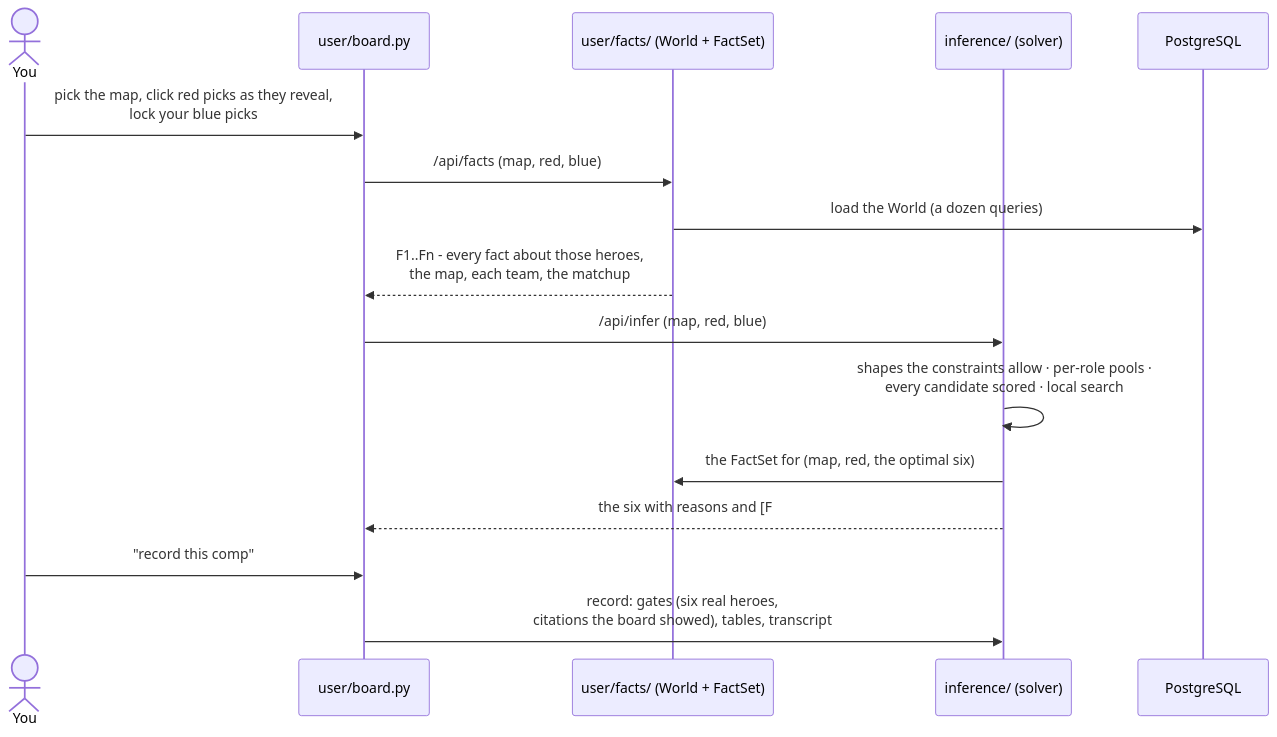
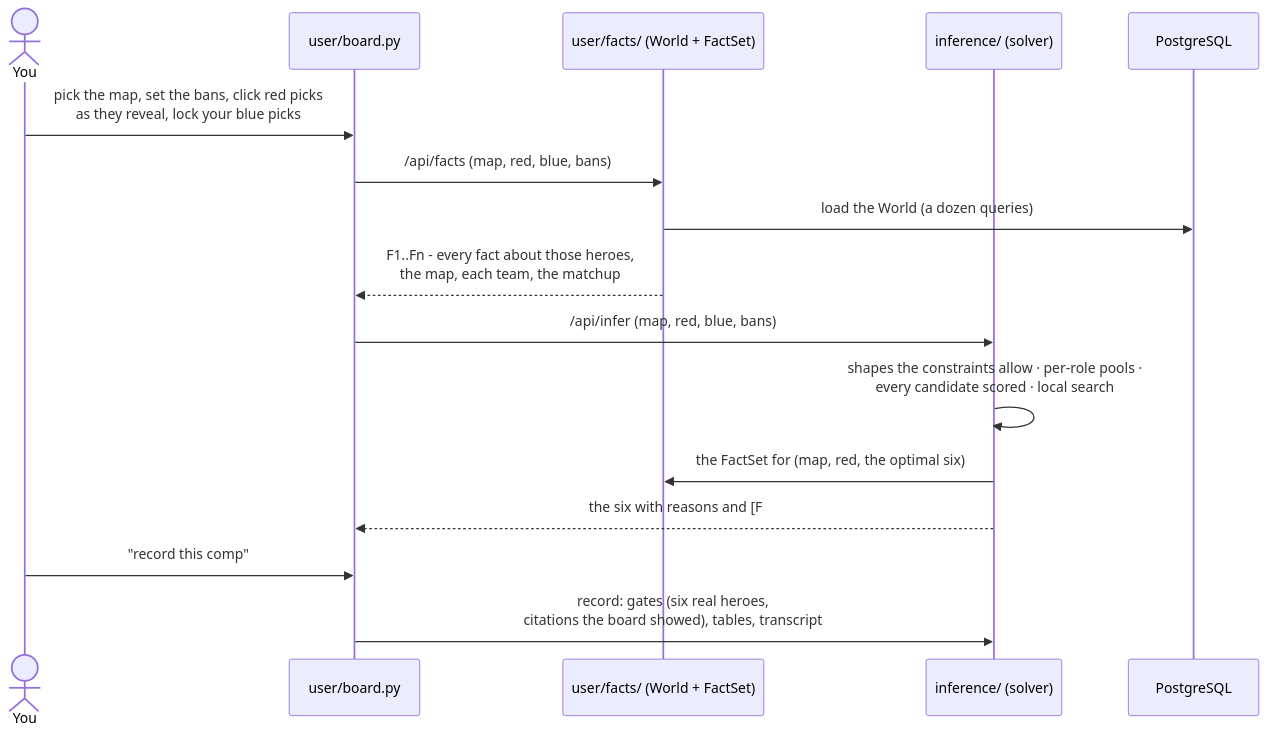
The second of 5 diagrams in docs/architecture.md (mmikol/counter-utility-matrix), drawn with Mermaid before and after one commit. The commit also changed other lines of this file and 108 other files, not shown here.

````diff
--- a/docs/architecture.md
+++ b/docs/architecture.md
@@ -75,19 +75,19 @@
 ```mermaid
 sequenceDiagram
     actor You
     participant Board as user/board.py
     participant Facts as user/facts/ (World + FactSet)
     participant Solver as inference/ (solver)
     participant DB as PostgreSQL
 
-    You->>Board: pick the map, click red picks as they reveal,<br/>lock your blue picks
-    Board->>Facts: /api/facts (map, red, blue)
+    You->>Board: pick the map, set the bans, click red picks<br/>as they reveal, lock your blue picks
+    Board->>Facts: /api/facts (map, red, blue, bans)
     Facts->>DB: load the World (a dozen queries)
     Facts-->>Board: F1..Fn - every fact about those heroes,<br/>the map, each team, the matchup
-    Board->>Solver: /api/infer (map, red, blue)
+    Board->>Solver: /api/infer (map, red, blue, bans)
     Solver->>Solver: shapes the constraints allow · per-role pools ·<br/>every candidate scored · local search
     Solver->>Facts: the FactSet for (map, red, the optimal six)
     Solver-->>Board: the six with reasons and [F#] citations,<br/>score per heuristic, alternatives
     You->>Board: "record this comp"
     Board->>Solver: record: gates (six real heroes,<br/>citations the board showed), tables, transcript
 ```
````
